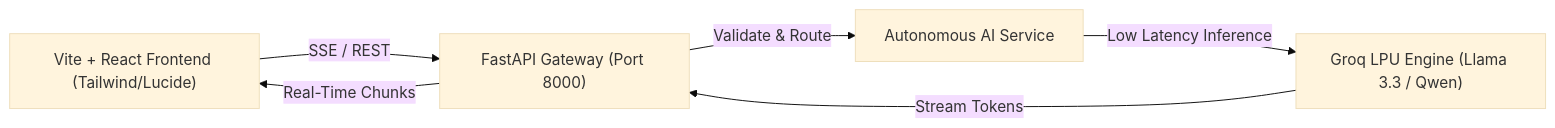
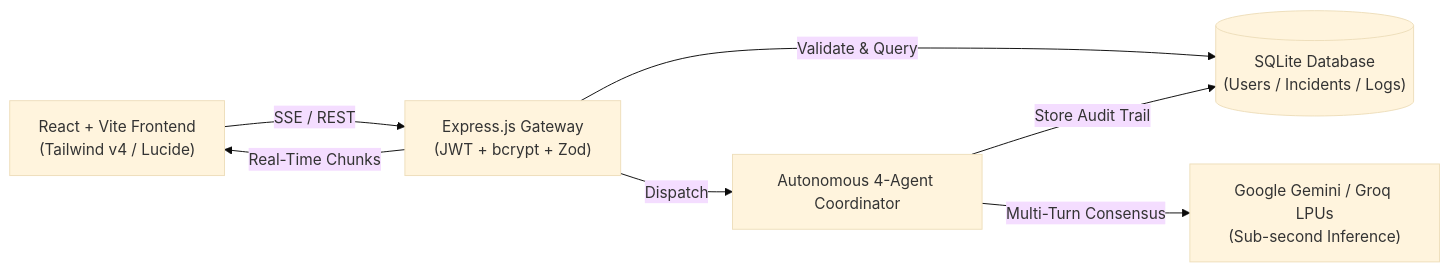
One commit to abbysallord/16Bits changed the diagram in presentation/slides.md. Above: the diagram before and after it, drawn with Mermaid (base theme). The commit also changed other lines of this file, not shown here.

Commit message:
docs(presentation): update Slidev deck for 16Bits OmniOps 4-agent swarm architecture

````diff
--- a/presentation/slides.md
+++ b/presentation/slides.md
@@ -95,13 +104,15 @@
 ```mermaid
 graph LR
-    Client["Vite + React Frontend (Tailwind/Lucide)"]
-    API["FastAPI Gateway (Port 8000)"]
-    Service["Autonomous AI Service"]
-    Groq["Groq LPU Engine (Llama 3.3 / Qwen)"]
+    Client["React + Vite Frontend\n(Tailwind v4 / Lucide)"]
+    API["Express.js Gateway\n(JWT + bcrypt + Zod)"]
+    DB[("SQLite Database\n(Users / Incidents / Logs)")]
+    Swarm["Autonomous 4-Agent Coordinator"]
+    AI["Google Gemini / Groq LPUs\n(Sub-second Inference)"]
 
     Client -->|SSE / REST| API
-    API -->|Validate & Route| Service
-    Service -->|Low Latency Inference| Groq
-    Groq -->|Stream Tokens| API
+    API -->|Validate & Query| DB
+    API -->|Dispatch| Swarm
+    Swarm -->|Multi-Turn Consensus| AI
+    Swarm -->|Store Audit Trail| DB
     API -->|Real-Time Chunks| Client
 ```
````
